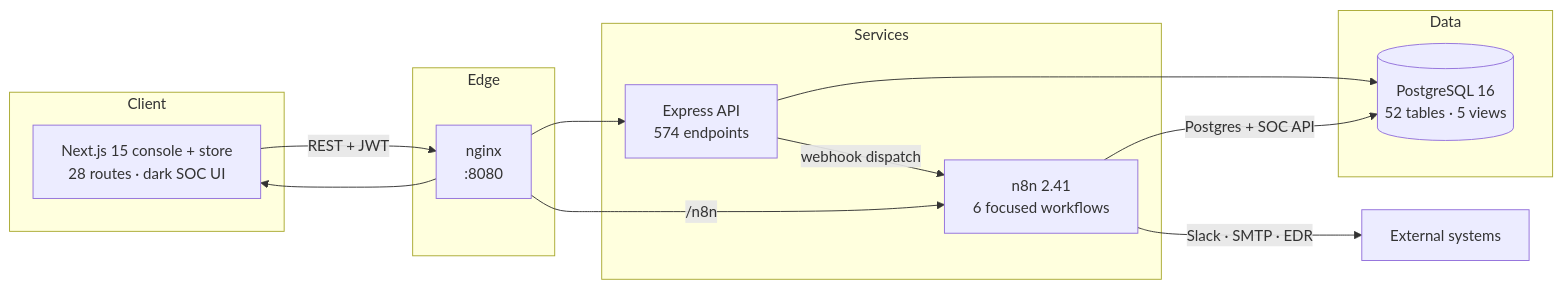
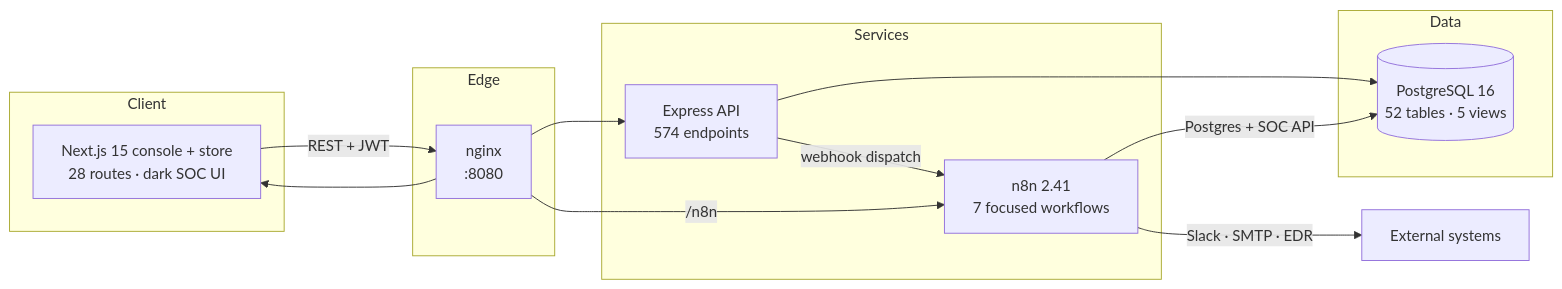
One commit to Chamm286/MedicareGuard changed the diagram in README.md. Above: the diagram before and after it, drawn with Mermaid. The commit also changed other lines of this file and 4 other files, not shown here.

````diff
--- a/README.md
+++ b/README.md
@@ -59,28 +59,28 @@
 ```mermaid
 flowchart LR
   subgraph Client
     B["Next.js 15 console + store<br/>28 routes · dark SOC UI"]
   end
 
   subgraph Edge
     N["nginx<br/>:8080"]
   end
 
   subgraph Services
     A["Express API<br/>574 endpoints"]
-    W["n8n 2.41<br/>6 focused workflows"]
+    W["n8n 2.41<br/>7 focused workflows"]
   end
 
   subgraph Data
     P[("PostgreSQL 16<br/>52 tables · 5 views")]
   end
 
   B -->|REST + JWT| N
   N --> A
   N --> B
   N -->|/n8n| W
   A --> P
   W -->|Postgres + SOC API| P
   W -->|Slack · SMTP · EDR| X["External systems"]
   A -->|webhook dispatch| W
 ```
````
